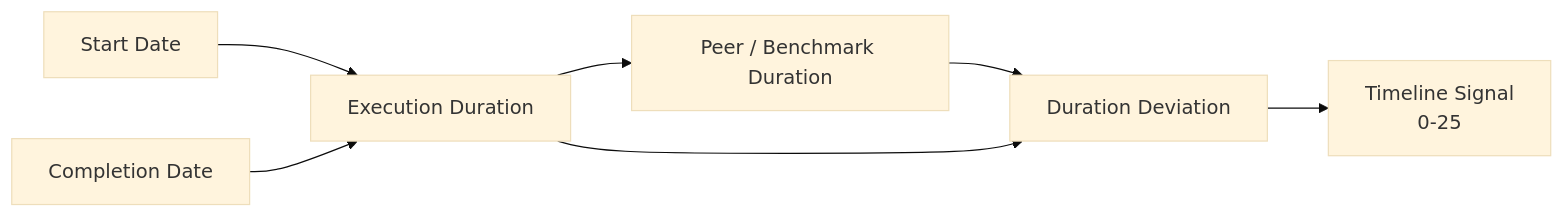
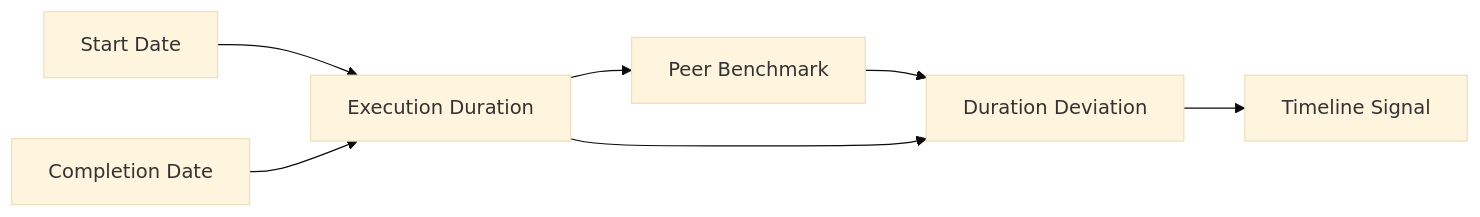
Before and after one commit to the-nidhi-bhat/mplads-sentinel: the fourth of 17 diagrams in README.md, drawn with Mermaid (base theme). The commit also changed other lines of this file, not shown here.

````diff
--- a/README.md
+++ b/README.md
@@ -194,9 +201,9 @@
 ```mermaid
 flowchart LR
     A["Start Date"] --> C["Execution Duration"]
     B["Completion Date"] --> C
-    C --> D["Peer / Benchmark Duration"]
+    C --> D["Peer Benchmark"]
     D --> E["Duration Deviation"]
     C --> E
-    E --> F["Timeline Signal<br/>0-25"]
+    E --> F["Timeline Signal"]
 ```
````
